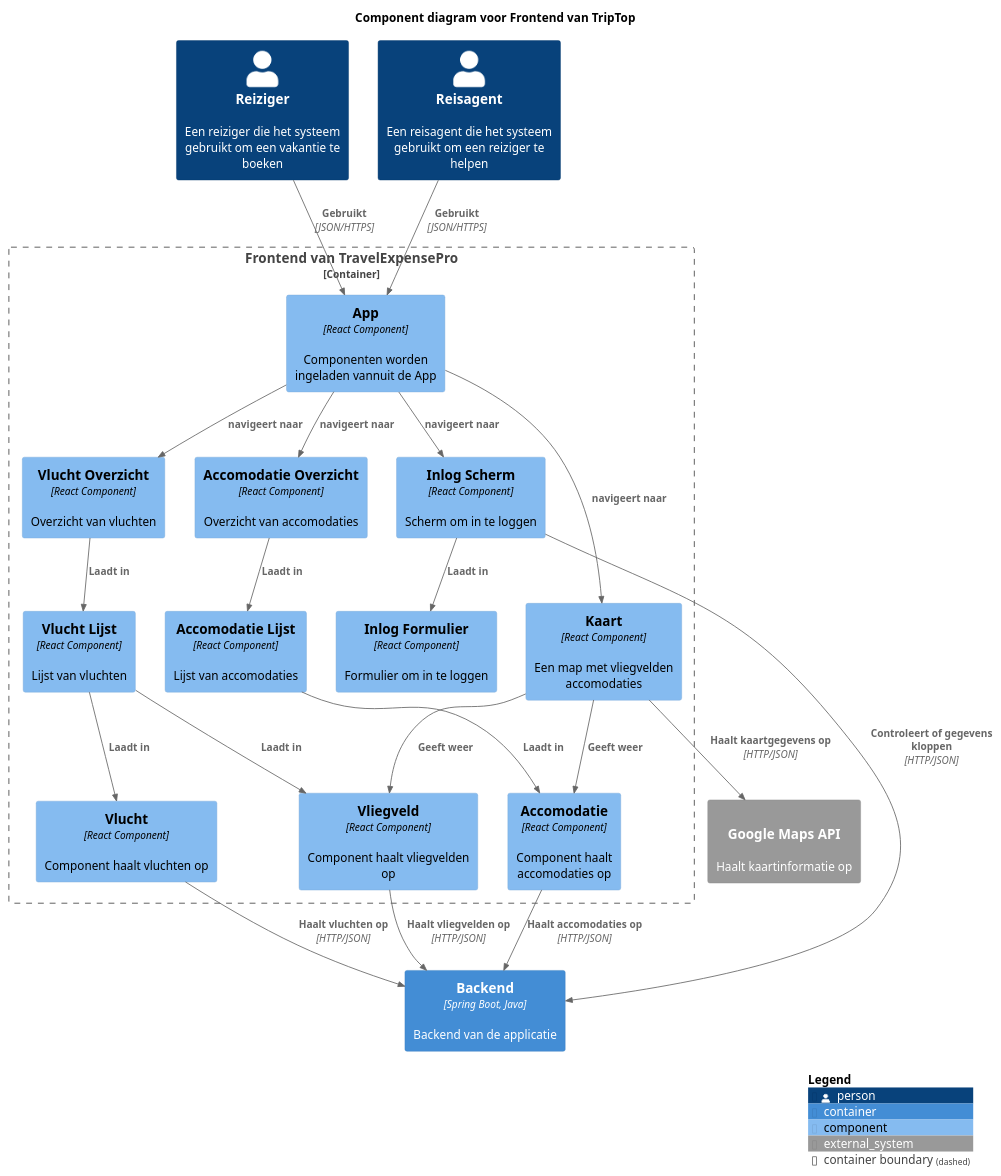
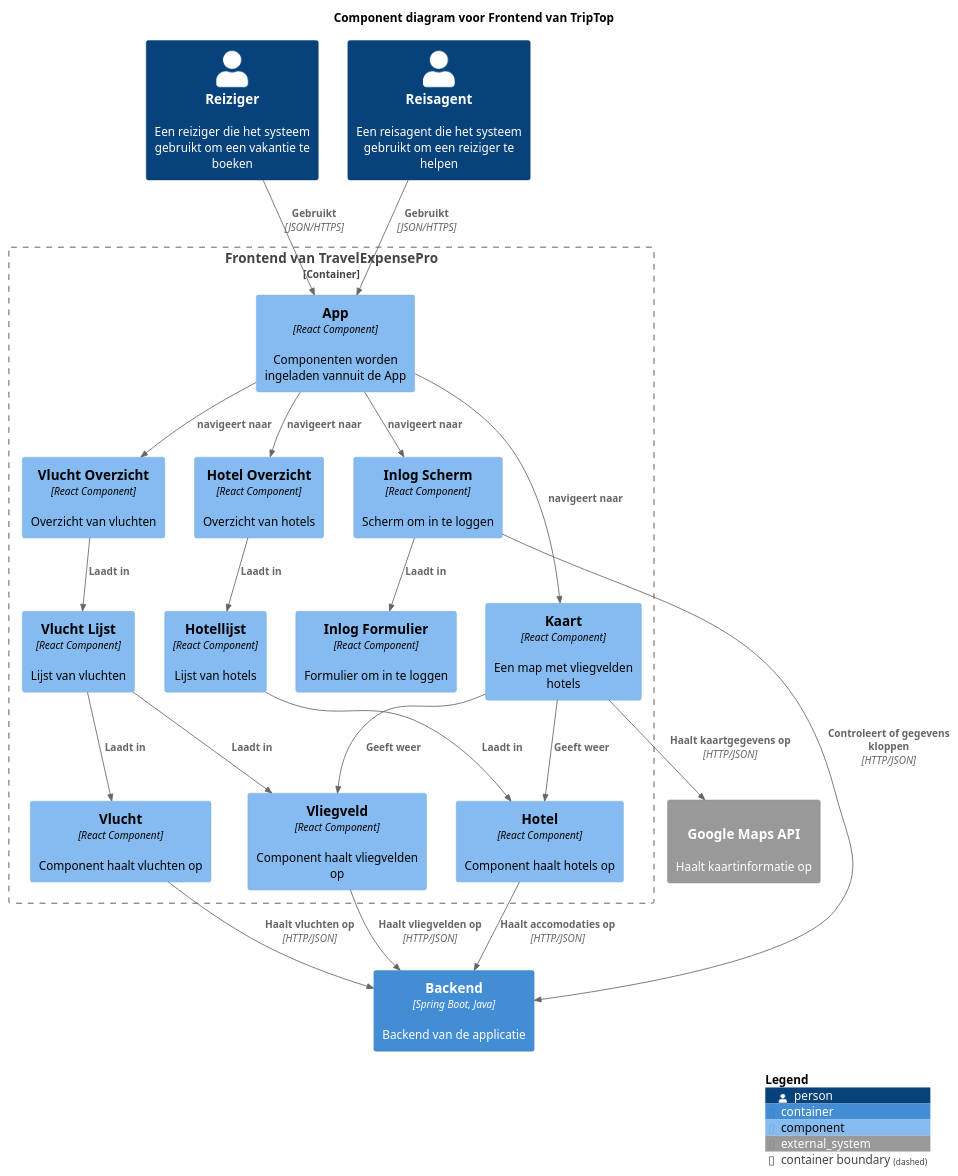
The diagram in C4_diagrammen/componentDiagramFrontEnd.puml (AIM-ENE-feb25/triptop-groep-b4), drawn with PlantUML before and after one commit. The commit also changed 13 other files, not shown here.

```diff
--- a/C4_diagrammen/componentDiagramFrontEnd.puml
+++ b/C4_diagrammen/componentDiagramFrontEnd.puml
@@ -1,50 +1,50 @@
 @startuml
 !include https://raw.githubusercontent.com/plantuml-stdlib/C4-PlantUML/master/C4_Component.puml
 ' uncomment the following line and comment the first to use locally
 ' !include C4_Component.puml
 
 LAYOUT_WITH_LEGEND()
 
 title Component diagram voor Frontend van TripTop
 
 Person(Reiziger, "Reiziger", "Een reiziger die het systeem gebruikt om een vakantie te boeken")
 Person(Reisagent, "Reisagent", "Een reisagent die het systeem gebruikt om een reiziger te helpen")
 
 Container_Boundary(api, "Frontend van TravelExpensePro") {
     Component(App, "App", "React Component", "Componenten worden ingeladen vannuit de App")
     Component(InlogScherm, "Inlog Scherm", "React Component", "Scherm om in te loggen")
     Component(InlogFormulier, "Inlog Formulier", "React Component", "Formulier om in te loggen")
-    Component(Kaart, "Kaart", "React Component", "Een map met vliegvelden accomodaties")
-    Component(AccomodatieOverzicht, "Accomodatie Overzicht", "React Component", "Overzicht van accomodaties")
-    Component(AccomodatieLijst, "Accomodatie Lijst", "React Component", "Lijst van accomodaties")
-    Component(Accomodatie, "Accomodatie", "React Component", "Component haalt accomodaties op")
+    Component(Kaart, "Kaart", "React Component", "Een map met vliegvelden hotels")
+    Component(HotelOverzicht, "Hotel Overzicht", "React Component", "Overzicht van hotels")
+    Component(HotelLijst, "Hotellijst", "React Component", "Lijst van hotels")
+    Component(Hotel, "Hotel", "React Component", "Component haalt hotels op")
     Component(VluchtOverzicht, "Vlucht Overzicht", "React Component", "Overzicht van vluchten")
     Component(VluchtLijst, "Vlucht Lijst", "React Component", "Lijst van vluchten")
     Component(Vlucht, "Vlucht", "React Component", "Component haalt vluchten op")
     Component(Vliegveld, "Vliegveld", "React Component", "Component haalt vliegvelden op")
 
     Rel(Reiziger, App, "Gebruikt", "JSON/HTTPS")
     Rel(Reisagent, App, "Gebruikt", "JSON/HTTPS")
     Rel(App, InlogScherm, "navigeert naar")
     Rel(App, Kaart, "navigeert naar")
-    Rel(App, AccomodatieOverzicht, "navigeert naar")
+    Rel(App, HotelOverzicht, "navigeert naar")
     Rel(InlogScherm, InlogFormulier, "Laadt in")
-    Rel(AccomodatieOverzicht, AccomodatieLijst, "Laadt in")
-    Rel(AccomodatieLijst, Accomodatie, "Laadt in")
-    Rel(Kaart, Accomodatie, "Geeft weer")
+    Rel(HotelOverzicht, HotelLijst, "Laadt in")
+    Rel(HotelLijst, Hotel, "Laadt in")
+    Rel(Kaart, Hotel, "Geeft weer")
     Rel(Kaart, Vliegveld, "Geeft weer")
     Rel(App, VluchtOverzicht, "navigeert naar")
     Rel(VluchtOverzicht, VluchtLijst, "Laadt in")
     Rel(VluchtLijst, Vlucht, "Laadt in")
     Rel(VluchtLijst, Vliegveld, "Laadt in")
 }
 
 Container(backend, "Backend", "Spring Boot, Java", "Backend van de applicatie")
 System_Ext(GoogleMapsAPI, "Google Maps API", "Haalt kaartinformatie op", "HTTP/JSON")
 Rel(InlogScherm, backend, "Controleert of gegevens kloppen", "HTTP/JSON")
-Rel(Accomodatie, backend, "Haalt accomodaties op", "HTTP/JSON")
+Rel(Hotel, backend, "Haalt accomodaties op", "HTTP/JSON")
 Rel(Vlucht, backend, "Haalt vluchten op", "HTTP/JSON")
 Rel(Vliegveld, backend, "Haalt vliegvelden op", "HTTP/JSON")
 Rel(Kaart, GoogleMapsAPI, "Haalt kaartgegevens op", "HTTP/JSON")
 SHOW_LEGEND()
 @enduml
```
